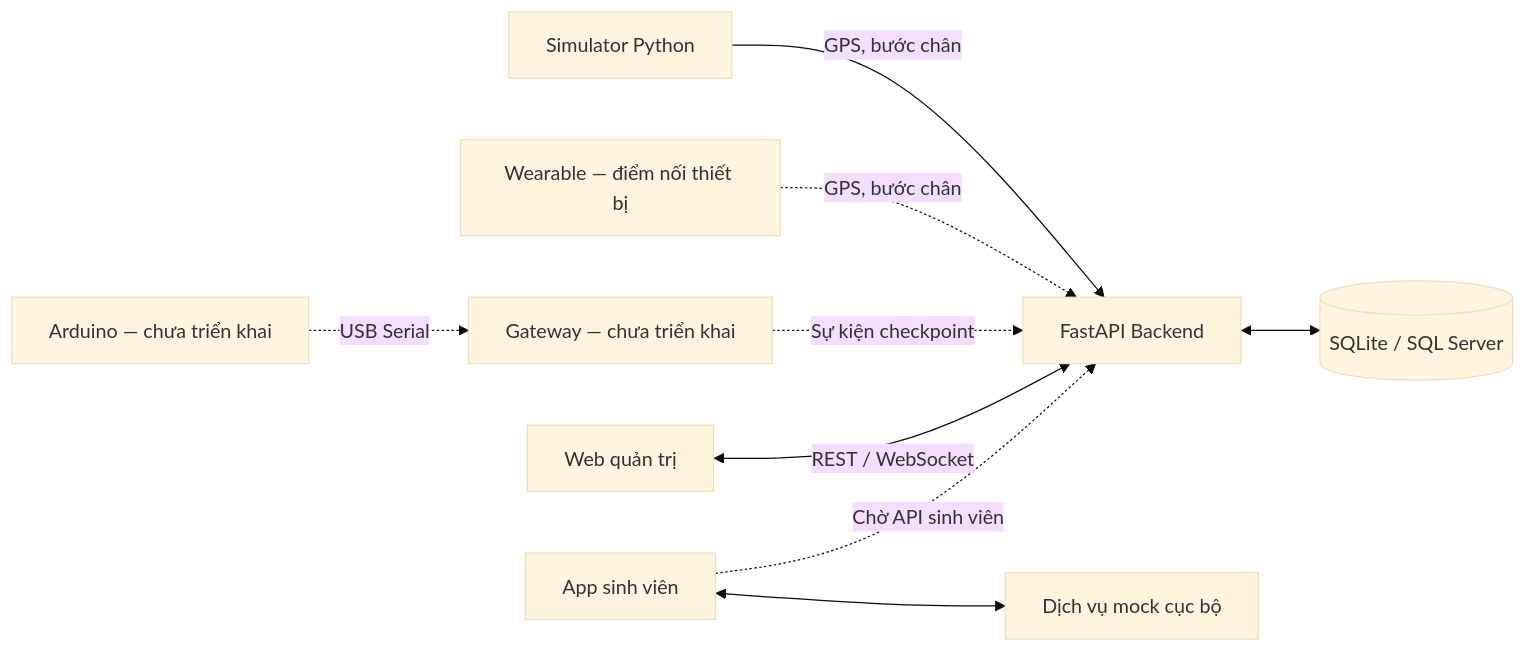
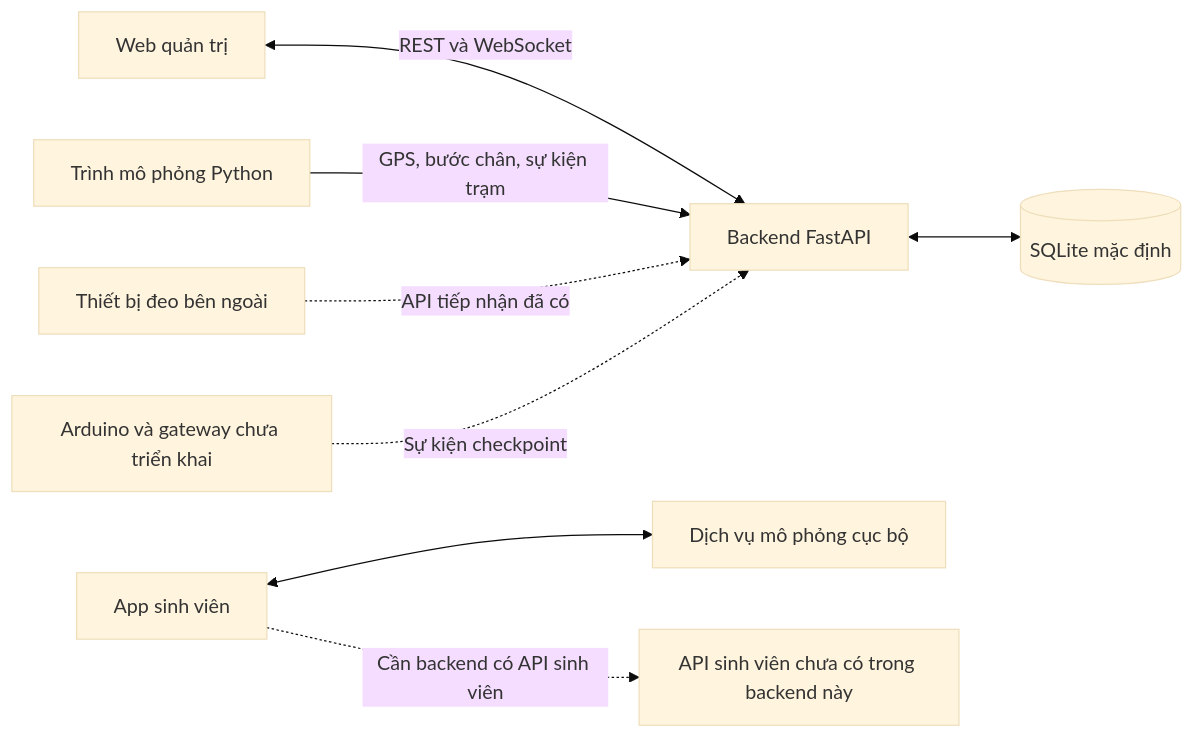
The diagram in README.md (Dunnguyn/Smart_Running_Checkpoint_IoT), drawn with Mermaid (base theme) before and after one commit. The commit also changed other lines of this file and 4 other files, not shown here.

````diff
--- a/README.md
+++ b/README.md
@@ -21,11 +83,10 @@
 ```mermaid
 flowchart LR
-    SIM[Simulator Python] -->|GPS, bước chân| API[FastAPI Backend]
-    WEAR[Wearable — điểm nối thiết bị] -.->|GPS, bước chân| API
-    ARD[Arduino — chưa triển khai] -.->|USB Serial| GW[Gateway — chưa triển khai]
-    GW -.->|Sự kiện checkpoint| API
-    API <--> DB[(SQLite / SQL Server)]
-    WEB[Web quản trị] <-->|REST / WebSocket| API
-    APP[App sinh viên] <--> MOCK[Dịch vụ mock cục bộ]
-    APP -.->|Chờ API sinh viên| API
+    WEB[Web quản trị] <-->|REST và WebSocket| API[Backend FastAPI]
+    SIM[Trình mô phỏng Python] -->|GPS, bước chân, sự kiện trạm| API
+    WEAR[Thiết bị đeo bên ngoài] -.->|API tiếp nhận đã có| API
+    ARD[Arduino và gateway chưa triển khai] -.->|Sự kiện checkpoint| API
+    API <--> DB[(SQLite mặc định)]
+    APP[App sinh viên] <--> MOCK[Dịch vụ mô phỏng cục bộ]
+    APP -.->|Cần backend có API sinh viên| STUDENT[API sinh viên chưa có trong backend này]
 ```
````
